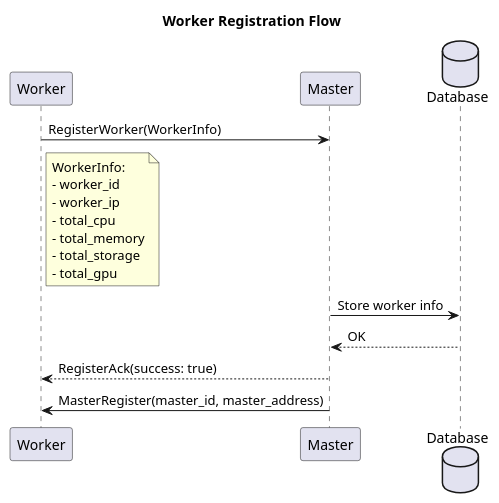
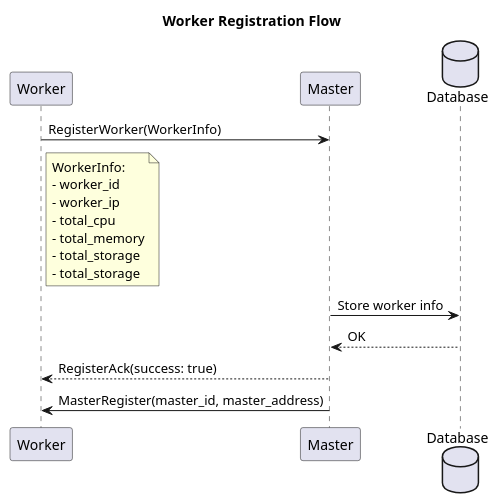
Before and after one commit to Codesmith28/Agentic-Cloud-Cluster: the diagram in docs/Diagrams/worker-registration.puml, drawn with PlantUML. The commit also changed 64 other files, not shown here.

```diff
--- a/docs/Diagrams/worker-registration.puml
+++ b/docs/Diagrams/worker-registration.puml
@@ -1,28 +1,28 @@
 @startuml worker-registration
 
 
 title Worker Registration Flow
 
 participant "Worker" as W
 participant "Master" as M
 database "Database" as DB
 
 W -> M : RegisterWorker(WorkerInfo)
 note right of W
     WorkerInfo:
     - worker_id
     - worker_ip
     - total_cpu
     - total_memory
     - total_storage
-    - total_gpu
+    - total_storage
 end note
 
 M -> DB : Store worker info
 DB --> M : OK
 
 M --> W : RegisterAck(success: true)
 
 M -> W : MasterRegister(master_id, master_address)
 
 @enduml
```
